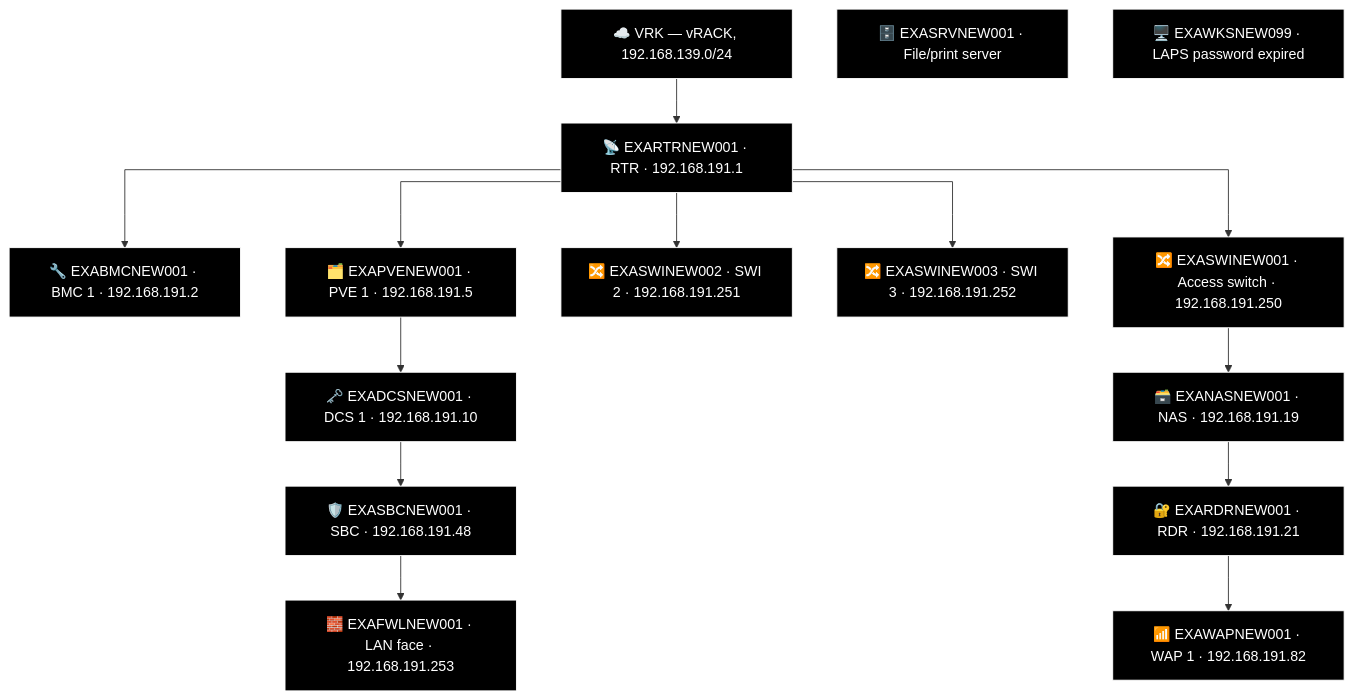
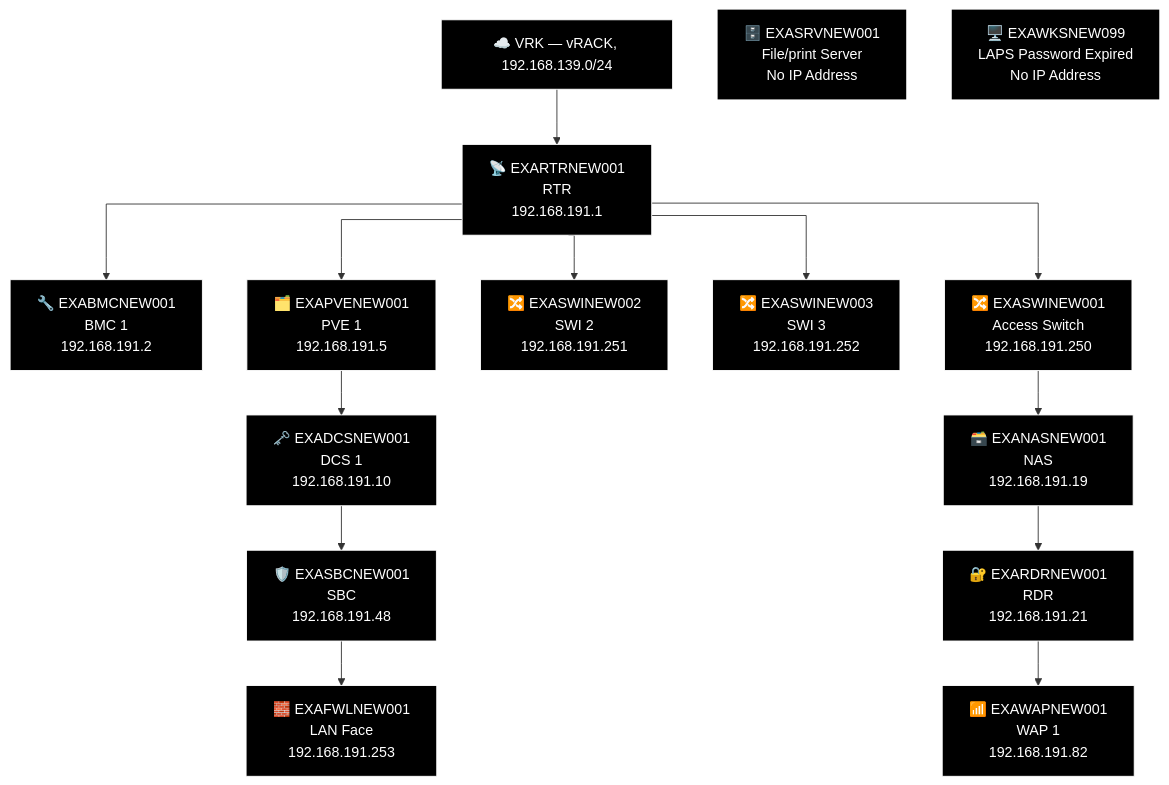
Before and after one commit to knightmare2600/example_music_infra: the tenth of 18 diagrams in docs/network-diagram/england.md, drawn with Mermaid. The commit also changed other lines of this file and 18 other files, not shown here.

````diff
--- a/docs/network-diagram/england.md
+++ b/docs/network-diagram/england.md
@@ -435,44 +435,44 @@
 ```mermaid
 %% GENERATED:TOPOLOGY:NEW:START
 %%{init: {'flowchart': {'curve': 'stepAfter'}}}%%
 graph TD
     T_VRK["☁️ VRK — vRACK, 192.168.139.0/24"]
-    T_RTR["📡 EXARTRNEW001 · RTR · 192.168.191.1"]
+    T_RTR["📡 EXARTRNEW001<br/>RTR<br/>192.168.191.1"]
     T_VRK --> T_RTR
-    T_BMC["🔧 EXABMCNEW001 · BMC 1 · 192.168.191.2"]
+    T_BMC["🔧 EXABMCNEW001<br/>BMC 1<br/>192.168.191.2"]
     T_RTR --> T_BMC
-    T_PVE["🗂️ EXAPVENEW001 · PVE 1 · 192.168.191.5"]
+    T_PVE["🗂️ EXAPVENEW001<br/>PVE 1<br/>192.168.191.5"]
     T_RTR --> T_PVE
-    T_SWI["🔀 EXASWINEW002 · SWI 2 · 192.168.191.251"]
+    T_SWI["🔀 EXASWINEW002<br/>SWI 2<br/>192.168.191.251"]
     T_RTR --> T_SWI
-    T_SWI2["🔀 EXASWINEW003 · SWI 3 · 192.168.191.252"]
+    T_SWI2["🔀 EXASWINEW003<br/>SWI 3<br/>192.168.191.252"]
     T_RTR --> T_SWI2
-    T_SWI3["🔀 EXASWINEW001 · Access switch · 192.168.191.250"]
+    T_SWI3["🔀 EXASWINEW001<br/>Access Switch<br/>192.168.191.250"]
     T_RTR --> T_SWI3
-    T_NAS["🗃️ EXANASNEW001 · NAS · 192.168.191.19"]
-    T_RDR["🔐 EXARDRNEW001 · RDR · 192.168.191.21"]
-    T_WAP["📶 EXAWAPNEW001 · WAP 1 · 192.168.191.82"]
+    T_NAS["🗃️ EXANASNEW001<br/>NAS<br/>192.168.191.19"]
+    T_RDR["🔐 EXARDRNEW001<br/>RDR<br/>192.168.191.21"]
+    T_WAP["📶 EXAWAPNEW001<br/>WAP 1<br/>192.168.191.82"]
     T_SWI3 --> T_NAS --> T_RDR --> T_WAP
-    T_DCS["🗝️ EXADCSNEW001 · DCS 1 · 192.168.191.10"]
-    T_SBC["🛡️ EXASBCNEW001 · SBC · 192.168.191.48"]
-    T_FWL["🧱 EXAFWLNEW001 · LAN face · 192.168.191.253"]
+    T_DCS["🗝️ EXADCSNEW001<br/>DCS 1<br/>192.168.191.10"]
+    T_SBC["🛡️ EXASBCNEW001<br/>SBC<br/>192.168.191.48"]
+    T_FWL["🧱 EXAFWLNEW001<br/>LAN Face<br/>192.168.191.253"]
     T_PVE --> T_DCS --> T_SBC --> T_FWL
-    T_SRV["🗄️ EXASRVNEW001 · File/print server"]
-    T_WKS["🖥️ EXAWKSNEW099 · LAPS password expired"]
+    T_SRV["🗄️ EXASRVNEW001<br/>File/print Server<br/>No IP Address"]
+    T_WKS["🖥️ EXAWKSNEW099<br/>LAPS Password Expired<br/>No IP Address"]
     style T_VRK fill:#000000,stroke:#FFFFFF,color:#FFFFFF
     style T_RTR fill:#000000,stroke:#FFFFFF,color:#FFFFFF
     style T_BMC fill:#000000,stroke:#FFFFFF,color:#FFFFFF
     style T_PVE fill:#000000,stroke:#FFFFFF,color:#FFFFFF
     style T_SWI fill:#000000,stroke:#FFFFFF,color:#FFFFFF
     style T_SWI2 fill:#000000,stroke:#FFFFFF,color:#FFFFFF
     style T_SWI3 fill:#000000,stroke:#FFFFFF,color:#FFFFFF
     style T_NAS fill:#000000,stroke:#FFFFFF,color:#FFFFFF
     style T_RDR fill:#000000,stroke:#FFFFFF,color:#FFFFFF
     style T_WAP fill:#000000,stroke:#FFFFFF,color:#FFFFFF
     style T_DCS fill:#000000,stroke:#FFFFFF,color:#FFFFFF
     style T_SBC fill:#000000,stroke:#FFFFFF,color:#FFFFFF
     style T_FWL fill:#000000,stroke:#FFFFFF,color:#FFFFFF
     style T_SRV fill:#000000,stroke:#FFFFFF,color:#FFFFFF
     style T_WKS fill:#000000,stroke:#FFFFFF,color:#FFFFFF
 %% GENERATED:TOPOLOGY:NEW:END
 ```
````
